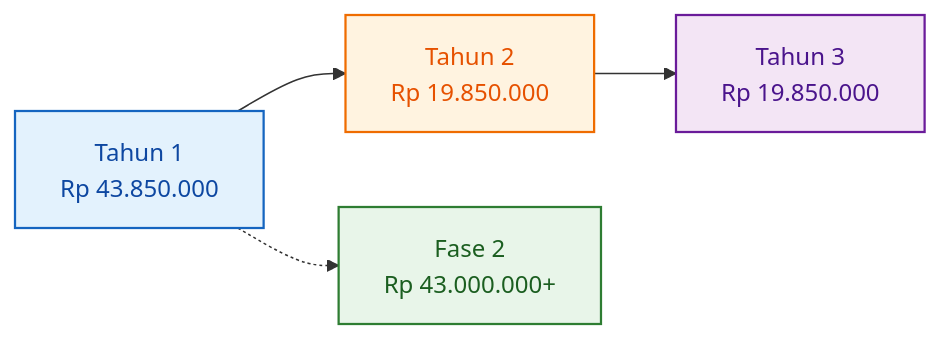
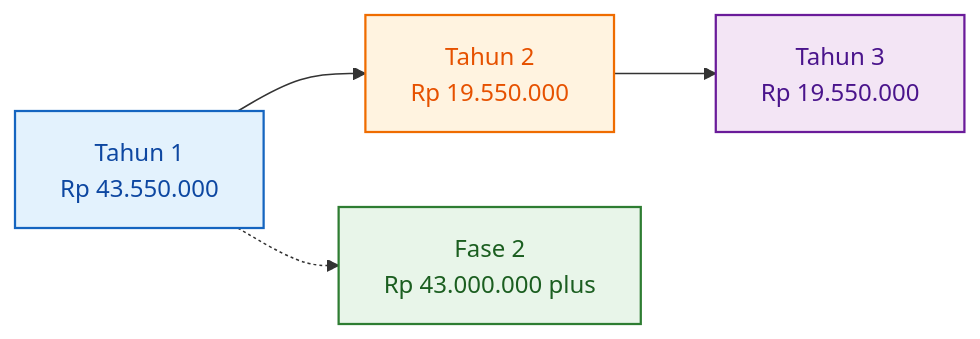
One commit to sekarpratama/project1 changed diagram 18 of 19 in README.md. Above: the diagram before and after it, drawn with Mermaid. The commit also changed other lines of this file, not shown here.

````diff
--- a/README.md
+++ b/README.md
@@ -1200,15 +1250,16 @@
 ```mermaid
 flowchart LR
-    A["Tahun 1<br/>Rp 43.850.000"]:::y1
-    B["Tahun 2<br/>Rp 19.850.000"]:::y2
-    C["Tahun 3<br/>Rp 19.850.000"]:::y3
-    D["Fase 2<br/>Rp 43.000.000+"]:::fase
+    A["Tahun 1<br/>Rp 43.550.000"]:::y1
+    B["Tahun 2<br/>Rp 19.550.000"]:::y2
+    C["Tahun 3<br/>Rp 19.550.000"]:::y3
+    D["Fase 2<br/>Rp 43.000.000 plus"]:::fase
 
-    A --> B --> C
+    A --> B
+    B --> C
     A -.-> D
 
     classDef y1 fill:#e3f2fd,stroke:#1565c0,stroke-width:1.5px,color:#0d47a1
     classDef y2 fill:#fff3e0,stroke:#ef6c00,stroke-width:1.5px,color:#e65100
     classDef y3 fill:#f3e5f5,stroke:#6a1b9a,stroke-width:1.5px,color:#4a148c
     classDef fase fill:#e8f5e9,stroke:#2e7d32,stroke-width:1.5px,color:#1b5e20
 ```
````
